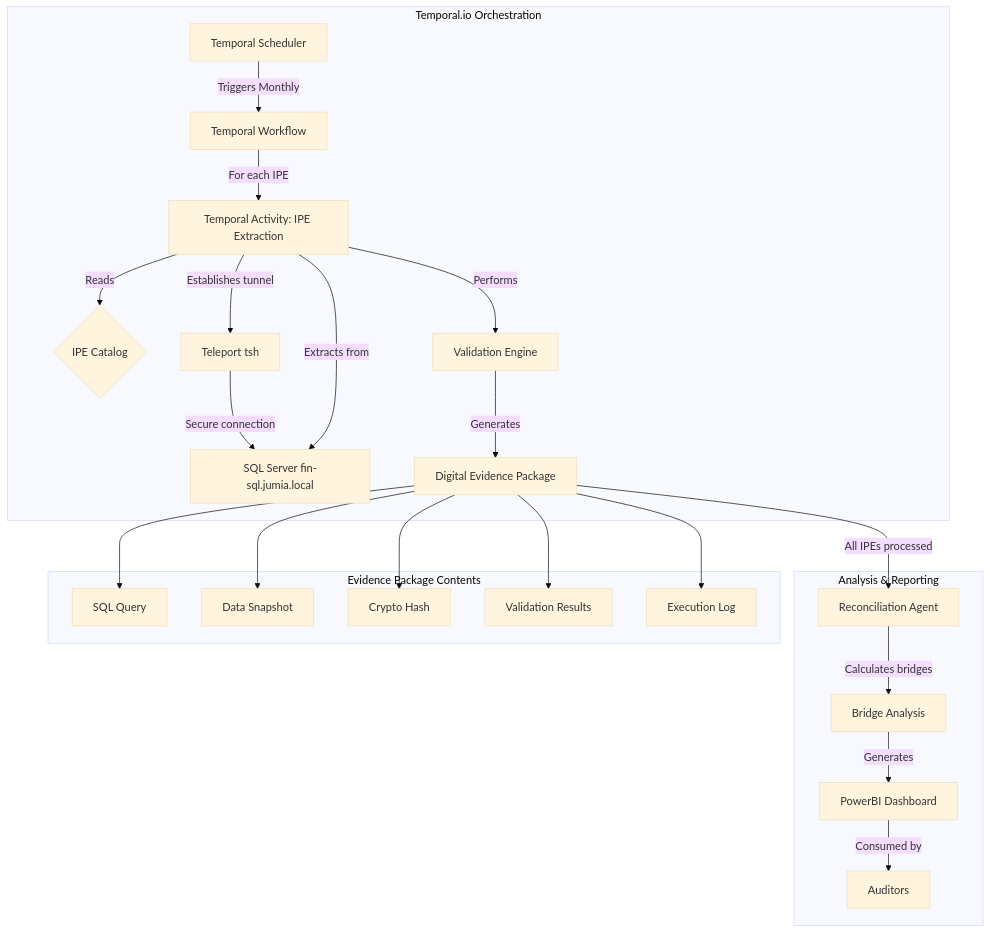
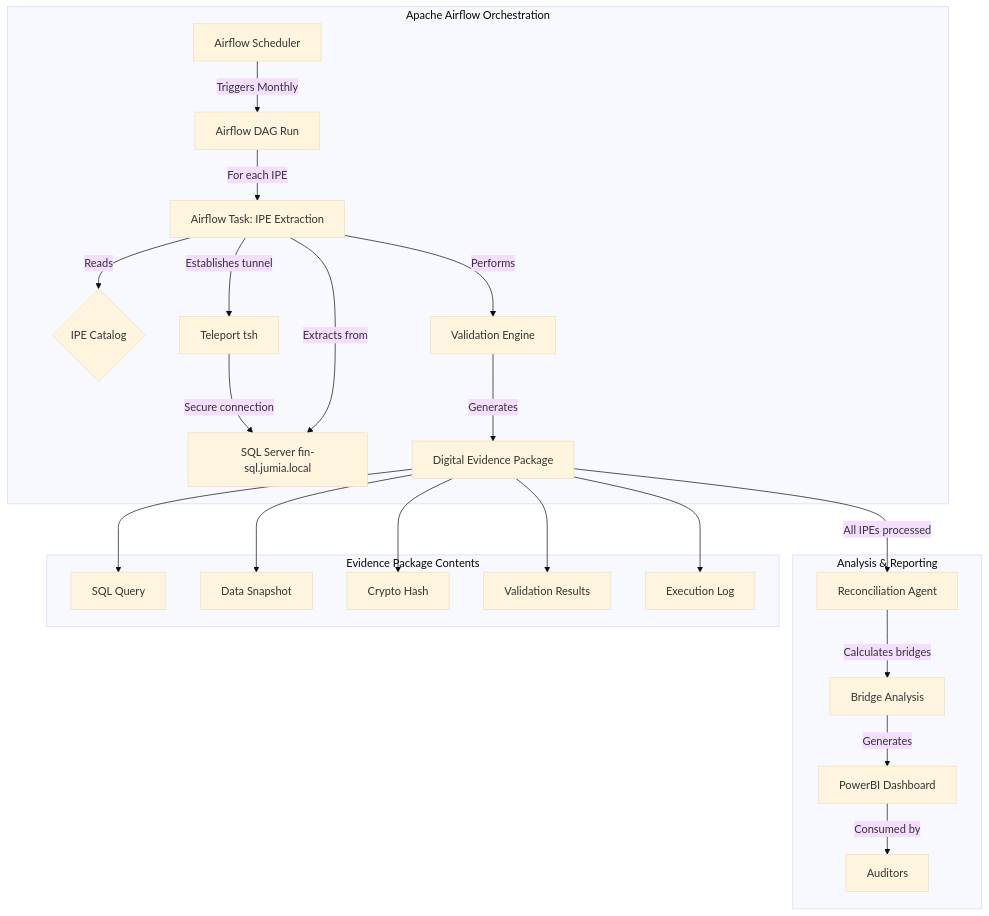
Before and after one commit to gvern/SOXauto: the diagram in README.md, drawn with Mermaid (base theme). The commit also changed other lines of this file and 5 other files, not shown here.

Commit message:
docs: sync deployment and architecture notes after jumia main alignment

````diff
--- a/README.md
+++ b/README.md
@@ -79,28 +79,28 @@
 ```mermaid
 graph TD
-    subgraph "Temporal.io Orchestration"
-        A[Temporal Scheduler] -- Triggers Monthly --> B[Temporal Workflow]
-        B -- For each IPE --> C[Temporal Activity: IPE Extraction]
+  subgraph "Apache Airflow Orchestration"
+    A[Airflow Scheduler] -- Triggers Monthly --> B[Airflow DAG Run]
+    B -- For each IPE --> C[Airflow Task: IPE Extraction]
         C -- Reads --> D{IPE Catalog}
         C -- Establishes tunnel --> E[Teleport tsh]
         E -- Secure connection --> F[SQL Server fin-sql.jumia.local]
         C -- Extracts from --> F
         C -- Performs --> G[Validation Engine]
         G -- Generates --> H[Digital Evidence Package]
     end
 
     subgraph "Analysis & Reporting"
         H -- All IPEs processed --> K[Reconciliation Agent]
         K -- Calculates bridges --> L[Bridge Analysis]
         L -- Generates --> M[PowerBI Dashboard]
         M -- Consumed by --> N[Auditors]
     end
     
     subgraph "Evidence Package Contents"
         H --> O[SQL Query]
         H --> P[Data Snapshot]
         H --> Q[Crypto Hash]
         H --> R[Validation Results]
         H --> S[Execution Log]
     end
 ```
````
